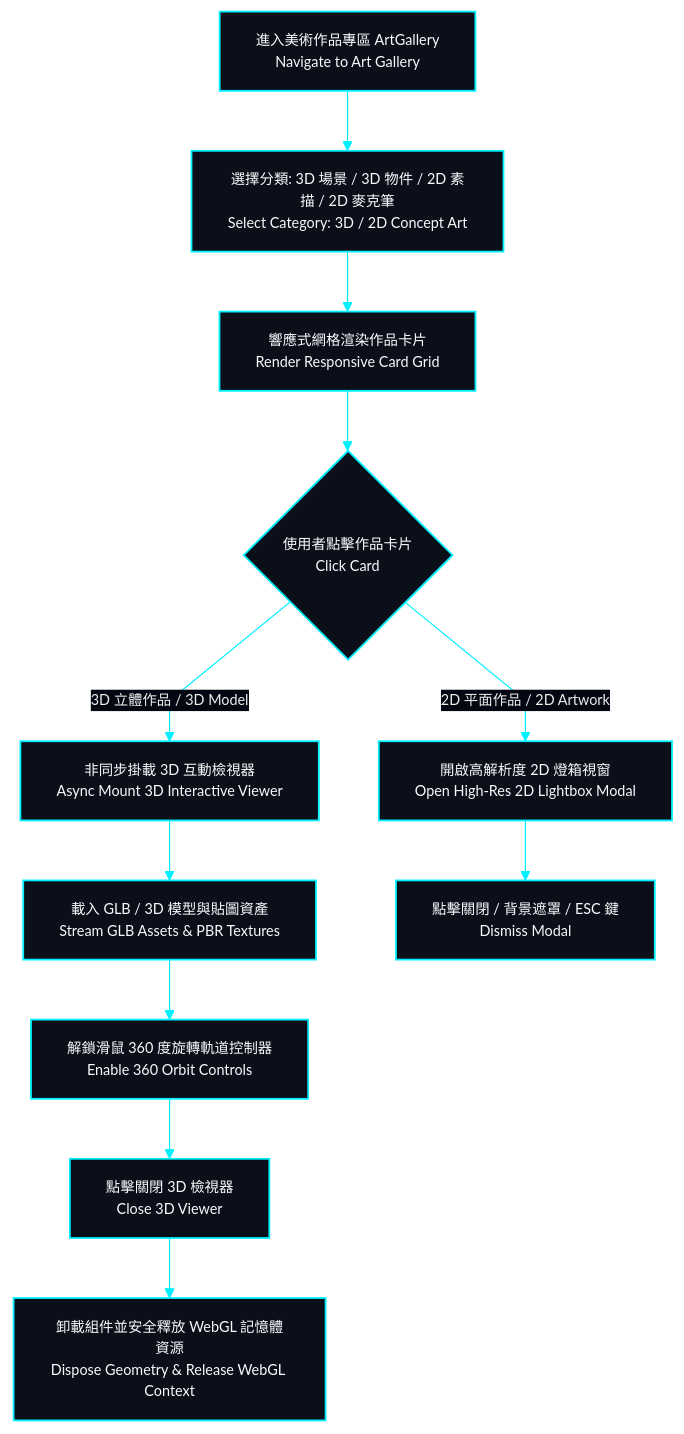
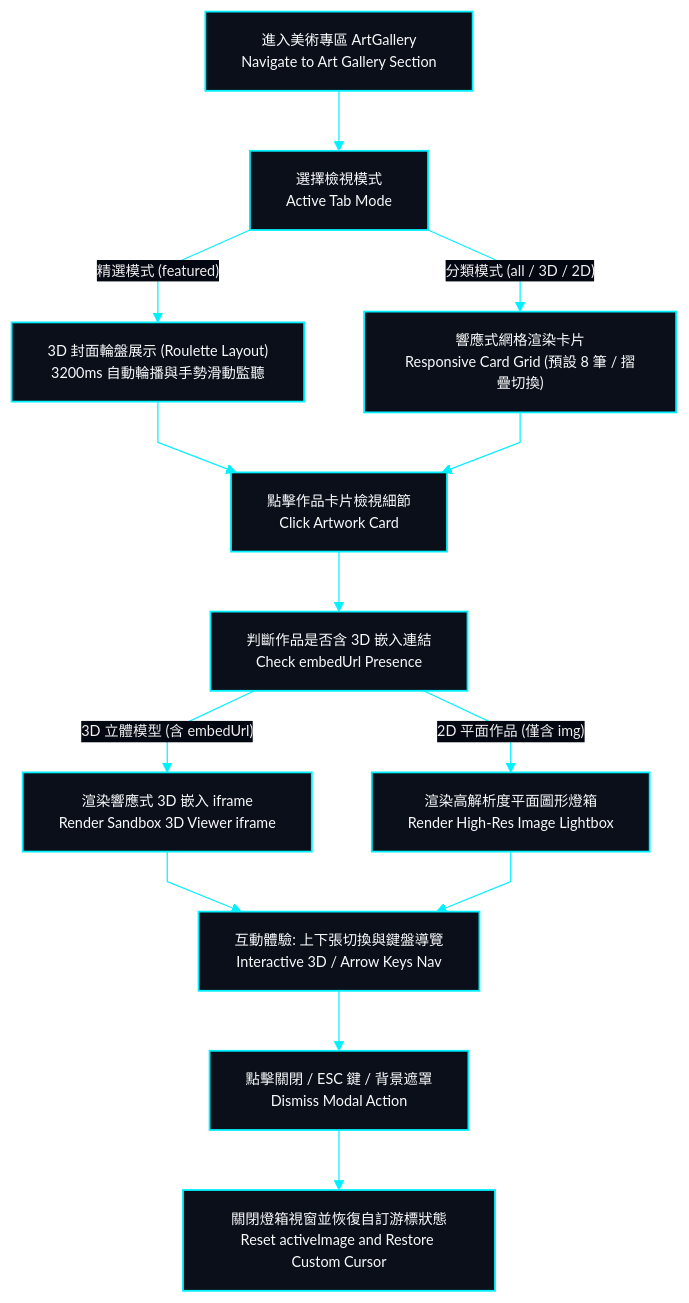
One commit to EricXJason/my-portfolio-website changed the fourth of 4 diagrams in docs/system-design/05-flowcharts.md. Above: the diagram before and after it, drawn with Mermaid. The commit also changed other lines of this file and 5 other files, not shown here.

Commit message:
feat: synchronize latest system design specifications and bulletproof flowchart HUD diagrams

````diff
--- a/docs/system-design/05-flowcharts.md
+++ b/docs/system-design/05-flowcharts.md
@@ -132,34 +141,39 @@
 ```mermaid
 %%{init: {
   'theme': 'base',
   'themeVariables': {
     'darkMode': true,
     'background': '#030712',
     'mainBkg': '#0b0f19',
     'nodeBorder': '#00f0ff',
     'textColor': '#f8fafc',
     'lineColor': '#00f0ff',
     'edgeLabelBackground': '#030712',
     'fontSize': '12px'
   },
   'flowchart': {
     'curve': 'linear'
   }
 }}%%
 flowchart TD
     classDef hudCard fill:#0b0f19,stroke:#00f0ff,stroke-width:1.5px,color:#f8fafc;
 
-    GalleryEnter[進入美術作品專區 ArtGallery<br>Navigate to Art Gallery]:::hudCard --> CategorySelect[選擇分類: 3D 場景 / 3D 物件 / 2D 素描 / 2D 麥克筆<br>Select Category: 3D / 2D Concept Art]:::hudCard
-    CategorySelect --> RenderCards[響應式網格渲染作品卡片<br>Render Responsive Card Grid]:::hudCard
+    GalleryEnter["進入美術專區 ArtGallery<br>Navigate to Art Gallery Section"]:::hudCard --> ViewMode["選擇檢視模式<br>Active Tab Mode"]:::hudCard
     
-    RenderCards --> CardClick{使用者點擊作品卡片<br>Click Card}:::hudCard
-    CardClick -->|"2D 平面作品 / 2D Artwork"| Open2DModal[開啟高解析度 2D 燈箱視窗<br>Open High-Res 2D Lightbox Modal]:::hudCard
-    CardClick -->|"3D 立體作品 / 3D Model"| Open3DViewer[非同步掛載 3D 互動檢視器<br>Async Mount 3D Interactive Viewer]:::hudCard
+    ViewMode -->|"精選模式 (featured)"| RouletteView["3D 封面輪盤展示 (Roulette Layout)<br>3200ms 自動輪播與手勢滑動監聽"]:::hudCard
+    ViewMode -->|"分類模式 (all / 3D / 2D)"| GridView["響應式網格渲染卡片<br>Responsive Card Grid (預設 8 筆 / 摺疊切換)"]:::hudCard
+
+    RouletteView --> SelectCard["點擊作品卡片檢視細節<br>Click Artwork Card"]:::hudCard
+    GridView --> SelectCard
+
+    SelectCard --> CheckType["判斷作品是否含 3D 嵌入連結<br>Check embedUrl Presence"]:::hudCard
     
-    Open3DViewer --> LoadModel[載入 GLB / 3D 模型與貼圖資產<br>Stream GLB Assets & PBR Textures]:::hudCard
-    LoadModel --> OrbitControls[解鎖滑鼠 360 度旋轉軌道控制器<br>Enable 360 Orbit Controls]:::hudCard
-    
-    Open2DModal --> CloseModal[點擊關閉 / 背景遮罩 / ESC 鍵<br>Dismiss Modal]:::hudCard
-    OrbitControls --> Close3D[點擊關閉 3D 檢視器<br>Close 3D Viewer]:::hudCard
-    Close3D --> DisposeWebGL[卸載組件並安全釋放 WebGL 記憶體資源<br>Dispose Geometry & Release WebGL Context]:::hudCard
+    CheckType -->|"3D 立體模型 (含 embedUrl)"| Open3DModal["渲染響應式 3D 嵌入 iframe<br>Render Sandbox 3D Viewer iframe"]:::hudCard
+    CheckType -->|"2D 平面作品 (僅含 img)"| Open2DModal["渲染高解析度平面圖形燈箱<br>Render High-Res Image Lightbox"]:::hudCard
+
+    Open3DModal --> Interaction["互動體驗: 上下張切換與鍵盤導覽<br>Interactive 3D / Arrow Keys Nav"]:::hudCard
+    Open2DModal --> Interaction
+
+    Interaction --> CloseAction["點擊關閉 / ESC 鍵 / 背景遮罩<br>Dismiss Modal Action"]:::hudCard
+    CloseAction --> ResetModal["關閉燈箱視窗並恢復自訂游標狀態<br>Reset activeImage and Restore Custom Cursor"]:::hudCard
 ```
````
